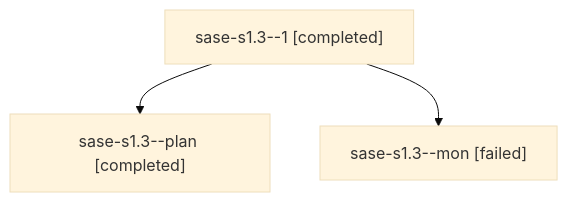
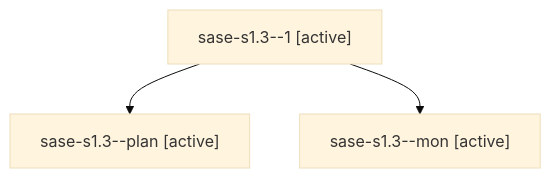
Before and after one commit to sase-org/sase--agents: the diagram in families/bbugyi200.athena.sase-s1.3.md, drawn with Mermaid (base theme). The commit also changed other lines of this file and 35830 other files, not shown here.

````diff
--- a/families/bbugyi200.athena.sase-s1.3.md
+++ b/families/bbugyi200.athena.sase-s1.3.md
@@ -9,8 +9,8 @@
 ```mermaid
 flowchart TD
-  n0["sase-s1.3--1 [completed]"]
-  n1["sase-s1.3--plan [completed]"]
+  n0["sase-s1.3--1 [active]"]
+  n1["sase-s1.3--plan [active]"]
   n0 --> n1
-  n2["sase-s1.3--mon [failed]"]
+  n2["sase-s1.3--mon [active]"]
   n0 --> n2
 ```
````
